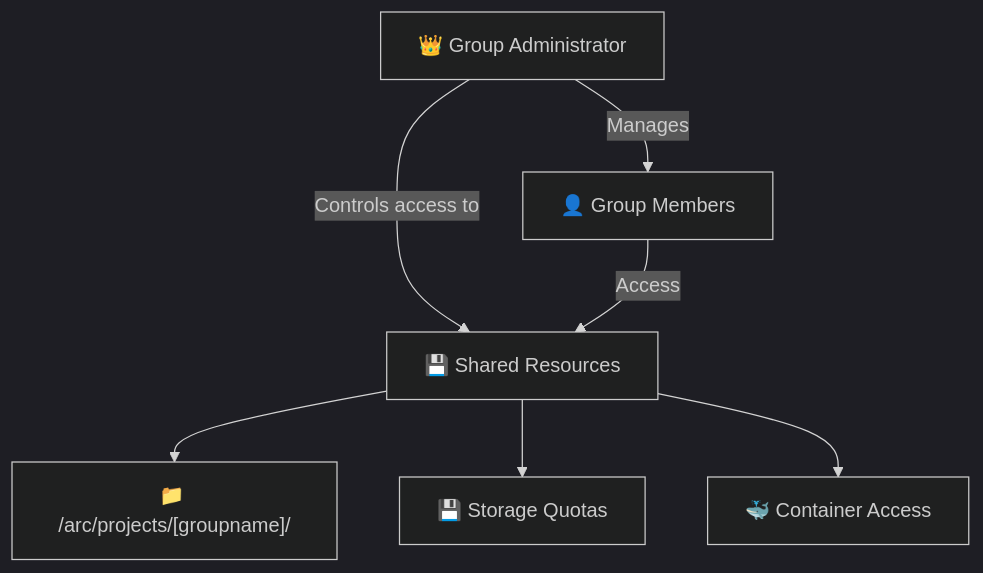
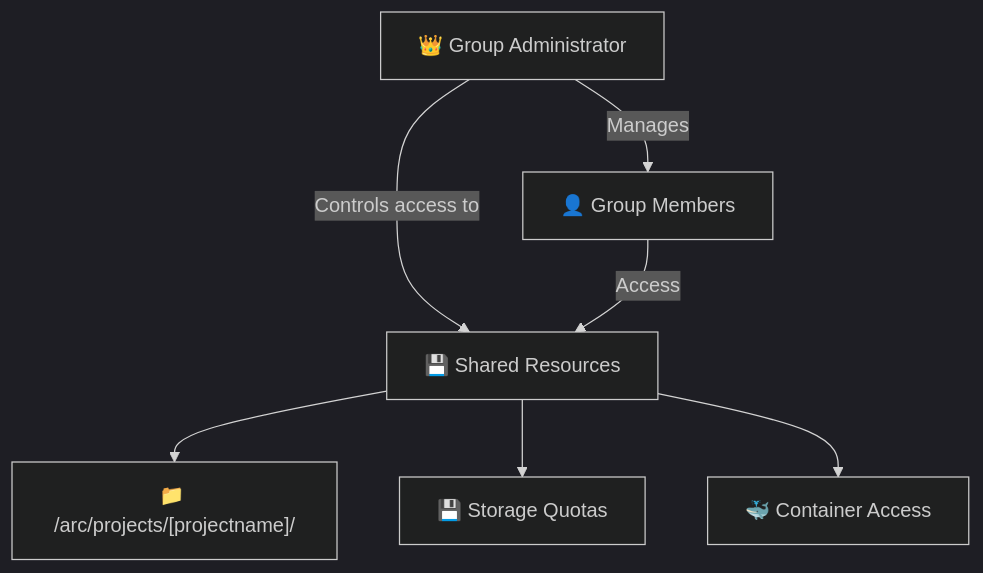
The diagram in docs/platform/accounts.md (opencadc/canfar), drawn with Mermaid (dark theme) before and after one commit. The commit also changed other lines of this file, not shown here.

````diff
--- a/docs/platform/accounts.md
+++ b/docs/platform/accounts.md
@@ -31,14 +31,14 @@
 ```mermaid
 graph TD
     Admin["👑 Group Administrator"]
     Members["👤 Group Members"]
     Resources["💾 Shared Resources"]
     
     Admin --> |"Manages"| Members
     Admin --> |"Controls access to"| Resources
     Members --> |"Access"| Resources
     
-    Resources --> Projects["📁 /arc/projects/[groupname]/"]
+    Resources --> Projects["📁 /arc/projects/[projectname]/"]
     Resources --> Storage["💾 Storage Quotas"]
     Resources --> Containers["🐳 Container Access"]
 ```
````
